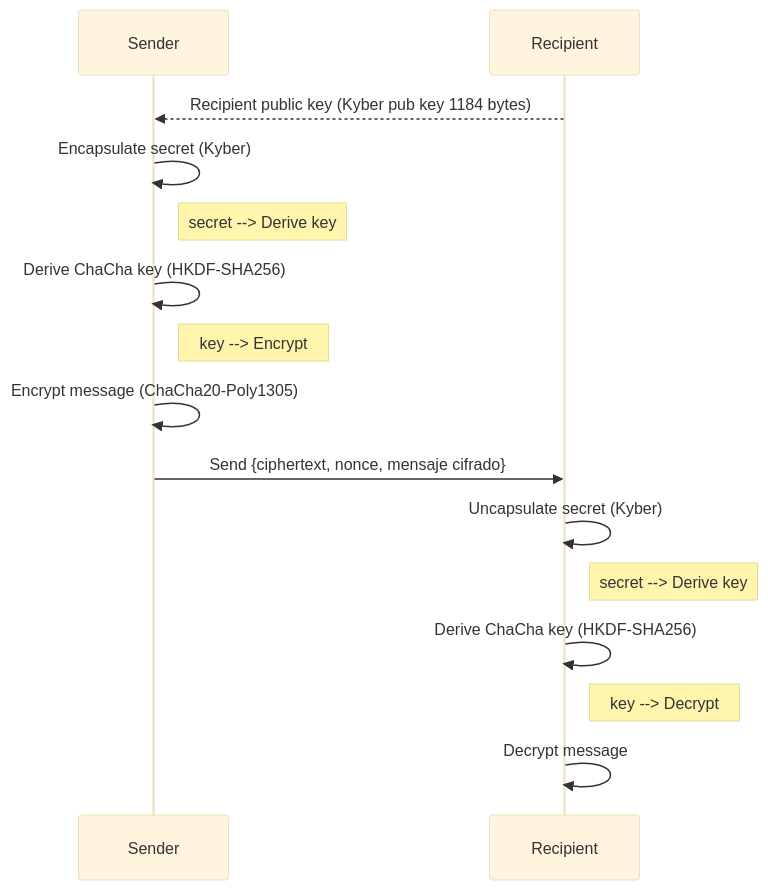
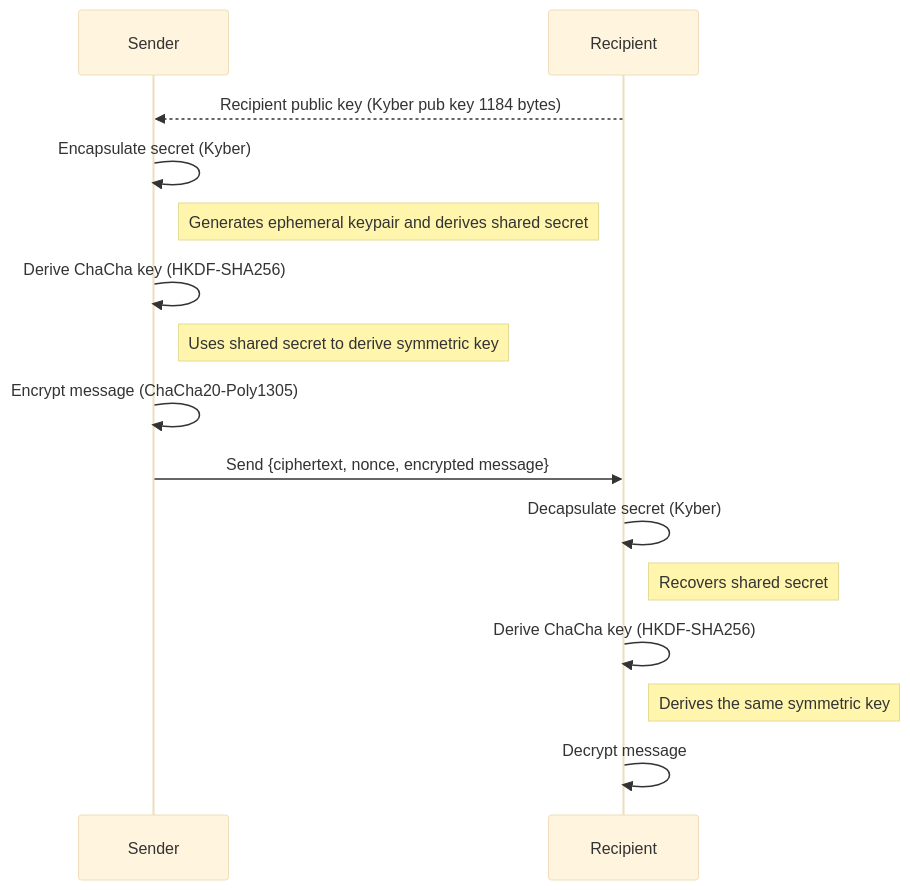
One commit to Nichokas/kychacha_crypto changed the diagram in README.md. Above: the diagram before and after it, drawn with Mermaid (base theme). The commit also changed other lines of this file, not shown here.

````diff
--- a/README.md
+++ b/README.md
@@ -15,21 +18,21 @@
 ```mermaid
 sequenceDiagram
     participant Sender
     participant Recipient
 
     Recipient-->>Sender: Recipient public key (Kyber pub key 1184 bytes)
     
     Sender->>Sender: Encapsulate secret (Kyber)
-    Note right of Sender: secret --> Derive key
+    Note right of Sender: Generates ephemeral keypair and derives shared secret
     Sender->>Sender: Derive ChaCha key (HKDF-SHA256)
-    Note right of Sender: key --> Encrypt
+    Note right of Sender: Uses shared secret to derive symmetric key
     Sender->>Sender: Encrypt message (ChaCha20-Poly1305)
     
-    Sender->>Recipient: Send {ciphertext, nonce, mensaje cifrado}
+    Sender->>Recipient: Send {ciphertext, nonce, encrypted message}
     
-    Recipient->>Recipient: Uncapsulate secret (Kyber)
-    Note right of Recipient: secret --> Derive key
+    Recipient->>Recipient: Decapsulate secret (Kyber)
+    Note right of Recipient: Recovers shared secret
     Recipient->>Recipient: Derive ChaCha key (HKDF-SHA256)
-    Note right of Recipient: key --> Decrypt
+    Note right of Recipient: Derives the same symmetric key
     Recipient->>Recipient: Decrypt message
 ```
````
